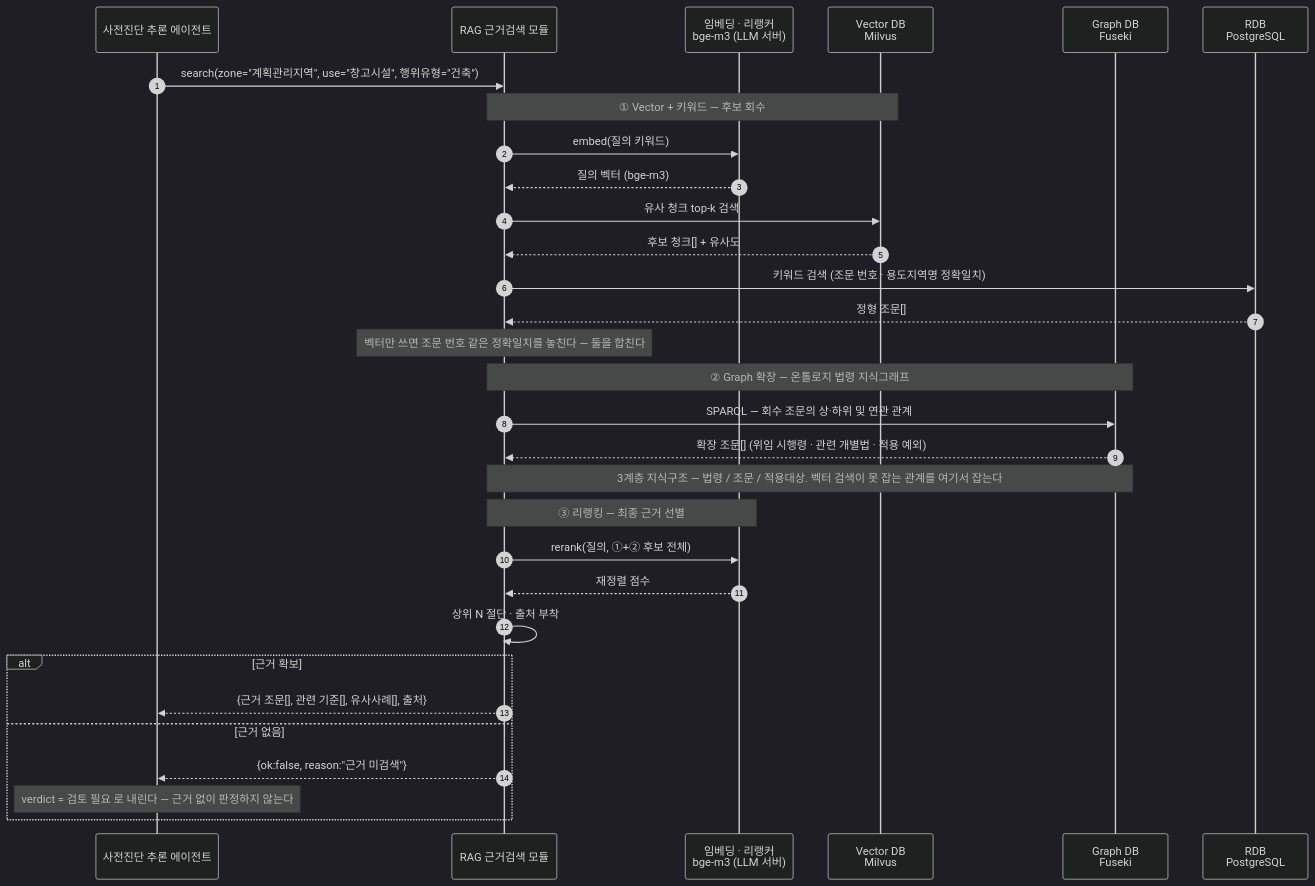
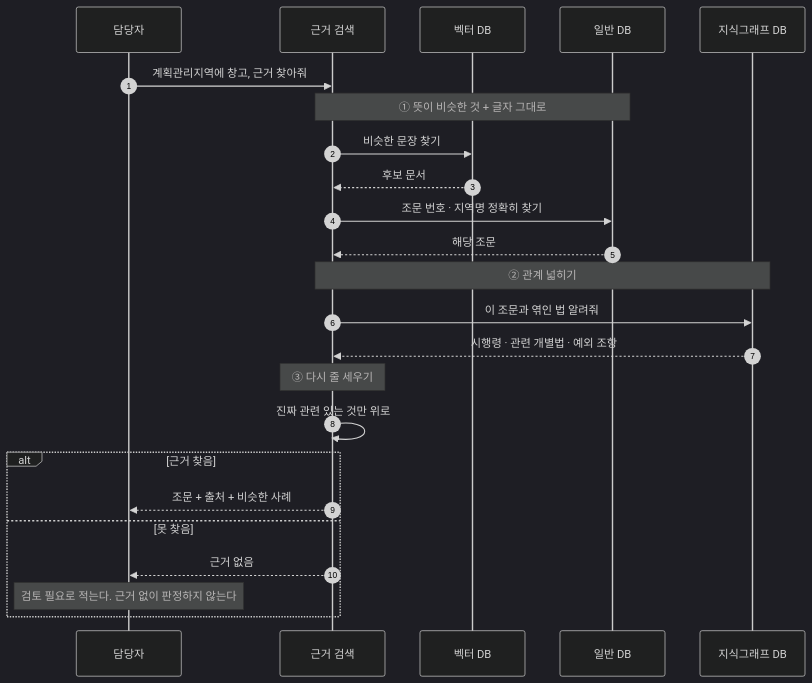
The fifth of 5 diagrams in docs/MCP-AGENT-SEQUENCE.md (madlrengg100/permit-copilot), drawn with Mermaid (dark theme) before and after one commit. The commit also changed other lines of this file, not shown here.

Commit message:
Rewrite MCP agent sequence doc in plain language

````diff
--- a/docs/MCP-AGENT-SEQUENCE.md
+++ b/docs/MCP-AGENT-SEQUENCE.md
@@ -612,38 +257,31 @@
 ```mermaid
 sequenceDiagram
     autonumber
-    participant AG as 사전진단 추론 에이전트
-    participant RG as RAG 근거검색 모듈
-    participant EMB as 임베딩 · 리랭커<br/>bge-m3 (LLM 서버)
-    participant VDB as Vector DB<br/>Milvus
-    participant GDB as Graph DB<br/>Fuseki
-    participant RDB as RDB<br/>PostgreSQL
+    participant WK as 담당자
+    participant RAG as 근거 검색
+    participant VDB as 벡터 DB
+    participant RDB as 일반 DB
+    participant GDB as 지식그래프 DB
 
-    AG->>RG: search(zone="계획관리지역", use="창고시설", 행위유형="건축")
+    WK->>RAG: 계획관리지역에 창고, 근거 찾아줘
 
-    Note over RG,VDB: ① Vector + 키워드 — 후보 회수
-    RG->>EMB: embed(질의 키워드)
-    EMB-->>RG: 질의 벡터 (bge-m3)
-    RG->>VDB: 유사 청크 top-k 검색
-    VDB-->>RG: 후보 청크[] + 유사도
-    RG->>RDB: 키워드 검색 (조문 번호 · 용도지역명 정확일치)
-    RDB-->>RG: 정형 조문[]
-    Note over RG: 벡터만 쓰면 조문 번호 같은 정확일치를 놓친다 — 둘을 합친다
+    Note over RAG,RDB: ① 뜻이 비슷한 것 + 글자 그대로
+    RAG->>VDB: 비슷한 문장 찾기
+    VDB-->>RAG: 후보 문서
+    RAG->>RDB: 조문 번호 · 지역명 정확히 찾기
+    RDB-->>RAG: 해당 조문
 
-    Note over RG,GDB: ② Graph 확장 — 온톨로지 법령 지식그래프
-    RG->>GDB: SPARQL — 회수 조문의 상·하위 및 연관 관계
-    GDB-->>RG: 확장 조문[] (위임 시행령 · 관련 개별법 · 적용 예외)
-    Note over RG,GDB: 3계층 지식구조 — 법령 / 조문 / 적용대상. 벡터 검색이 못 잡는 관계를 여기서 잡는다
+    Note over RAG,GDB: ② 관계 넓히기
+    RAG->>GDB: 이 조문과 엮인 법 알려줘
+    GDB-->>RAG: 시행령 · 관련 개별법 · 예외 조항
 
-    Note over RG,EMB: ③ 리랭킹 — 최종 근거 선별
-    RG->>EMB: rerank(질의, ①+② 후보 전체)
-    EMB-->>RG: 재정렬 점수
-    RG->>RG: 상위 N 절단 · 출처 부착
+    Note over RAG: ③ 다시 줄 세우기
+    RAG->>RAG: 진짜 관련 있는 것만 위로
 
-    alt 근거 확보
-        RG-->>AG: {근거 조문[], 관련 기준[], 유사사례[], 출처}
-    else 근거 없음
-        RG-->>AG: {ok:false, reason:"근거 미검색"}
-        Note over AG: verdict = 검토 필요 로 내린다 — 근거 없이 판정하지 않는다
+    alt 근거 찾음
+        RAG-->>WK: 조문 + 출처 + 비슷한 사례
+    else 못 찾음
+        RAG-->>WK: 근거 없음
+        Note over WK: 검토 필요로 적는다. 근거 없이 판정하지 않는다
     end
 ```
````
